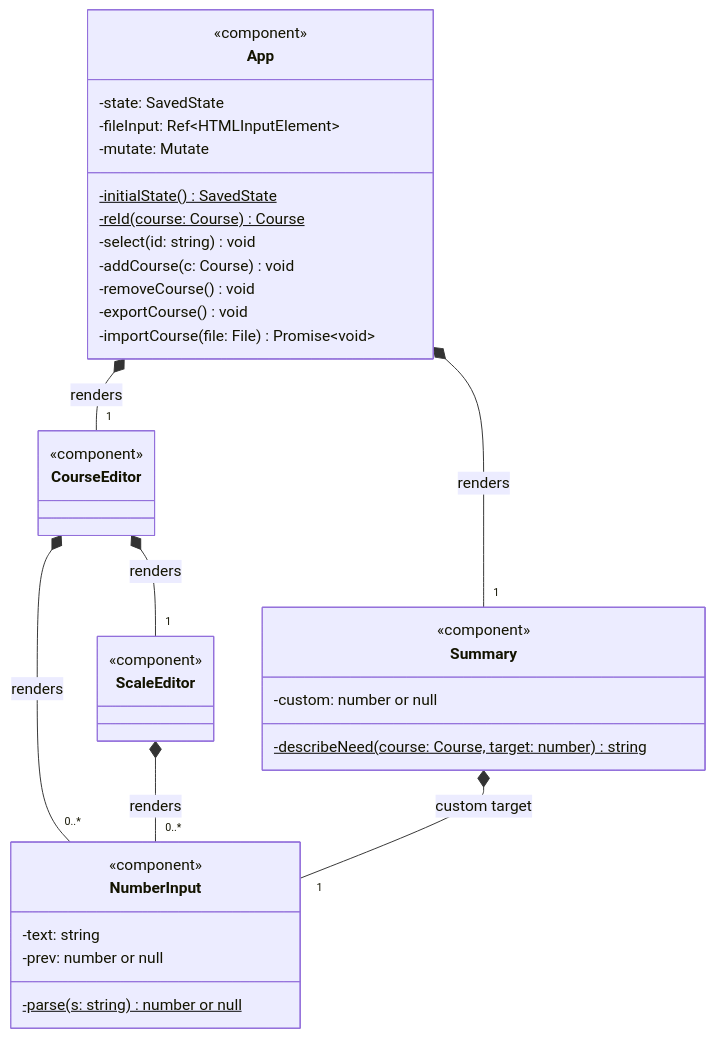
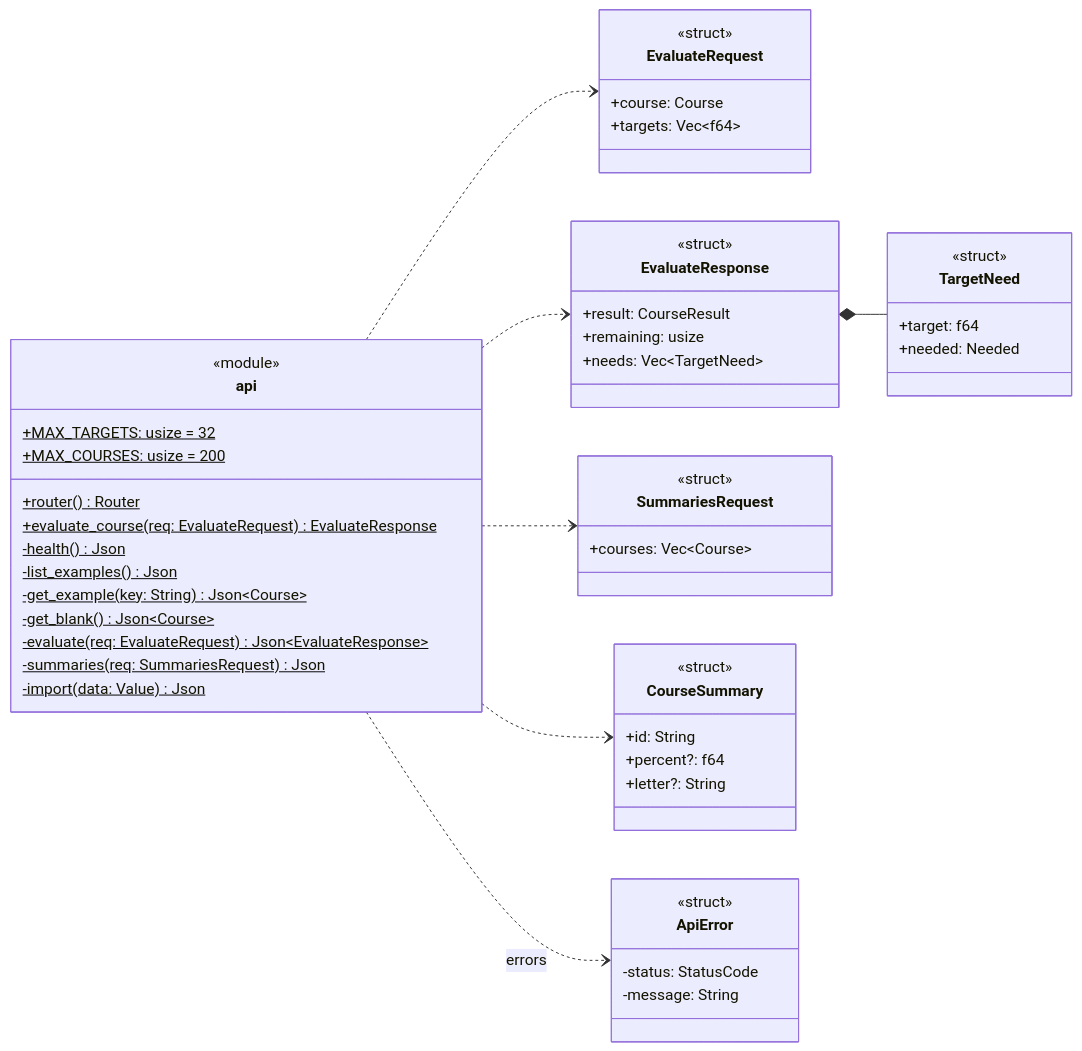
Before and after one commit to Patman1O1/grade-calculator: the sixth of 8 diagrams in docs/uml.md, drawn with Mermaid. The commit also changed other lines of this file and 45 other files, not shown here.

````diff
--- a/docs/uml.md
+++ b/docs/uml.md
@@ -310,40 +257,55 @@
 ```mermaid
 classDiagram
-  direction TB
-  class App {
-    <<component>>
-    -state: SavedState
-    -fileInput: Ref~HTMLInputElement~
-    -mutate: Mutate
-    -initialState()$ SavedState
-    -reId(course: Course)$ Course
-    -select(id: string) void
-    -addCourse(c: Course) void
-    -removeCourse() void
-    -exportCourse() void
-    -importCourse(file: File) Promise~void~
+  direction LR
+  class api {
+    <<module>>
+    +MAX_TARGETS: usize = 32$
+    +MAX_COURSES: usize = 200$
+    +router()$ Router
+    +evaluate_course(req: EvaluateRequest)$ EvaluateResponse
+    -health()$ Json
+    -list_examples()$ Json
+    -get_example(key: String)$ Json~Course~
+    -get_blank()$ Json~Course~
+    -evaluate(req: EvaluateRequest)$ Json~EvaluateResponse~
+    -summaries(req: SummariesRequest)$ Json
+    -import(data: Value)$ Json
   }
-  class CourseEditor {
-    <<component>>
+  class EvaluateRequest {
+    <<struct>>
+    +course: Course
+    +targets: Vec~f64~
   }
-  class ScaleEditor {
-    <<component>>
+  class EvaluateResponse {
+    <<struct>>
+    +result: CourseResult
+    +remaining: usize
+    +needs: Vec~TargetNeed~
   }
-  class Summary {
-    <<component>>
-    -custom: number or null
-    -describeNeed(course: Course, target: number)$ string
+  class TargetNeed {
+    <<struct>>
+    +target: f64
+    +needed: Needed
   }
-  class NumberInput {
-    <<component>>
-    -text: string
-    -prev: number or null
-    -parse(s: string)$ number or null
+  class SummariesRequest {
+    <<struct>>
+    +courses: Vec~Course~
   }
-  App *-- "1" CourseEditor : renders
-  App *-- "1" Summary : renders
-  CourseEditor *-- "1" ScaleEditor : renders
-  CourseEditor *-- "0..*" NumberInput : renders
-  ScaleEditor *-- "0..*" NumberInput : renders
-  Summary *-- "1" NumberInput : custom target
+  class CourseSummary {
+    <<struct>>
+    +id: String
+    +percent?: f64
+    +letter?: String
+  }
+  class ApiError {
+    <<struct>>
+    -status: StatusCode
+    -message: String
+  }
+  api ..> EvaluateRequest
+  api ..> EvaluateResponse
+  EvaluateResponse *-- TargetNeed
+  api ..> SummariesRequest
+  api ..> CourseSummary
+  api ..> ApiError : errors
 ```
````
